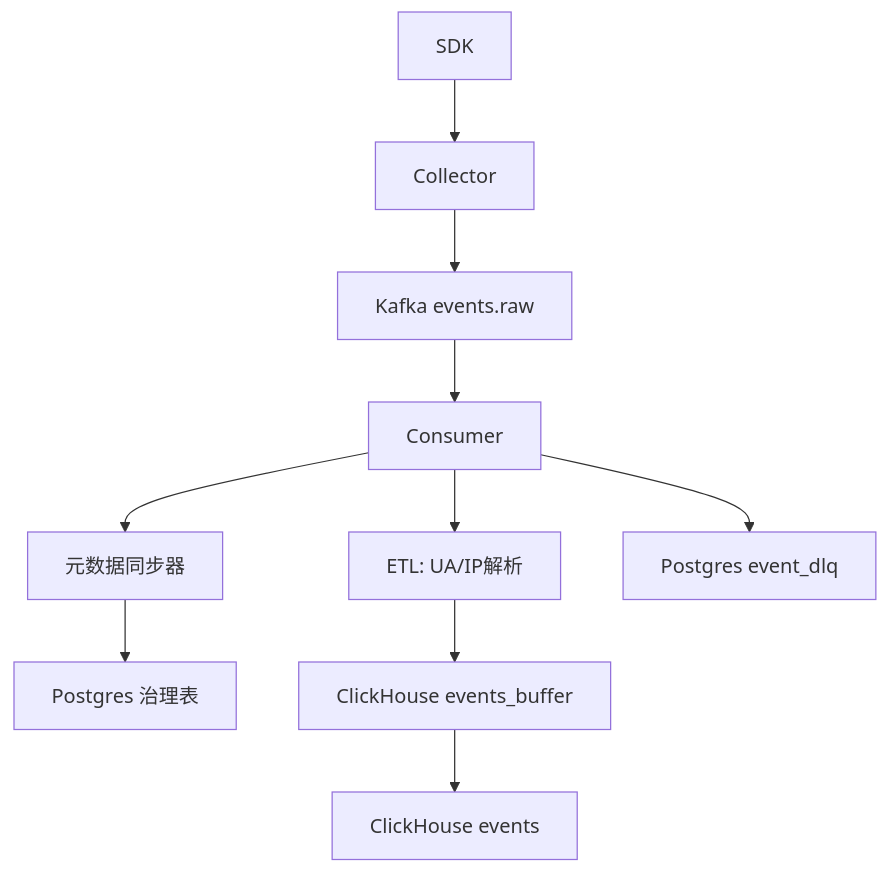
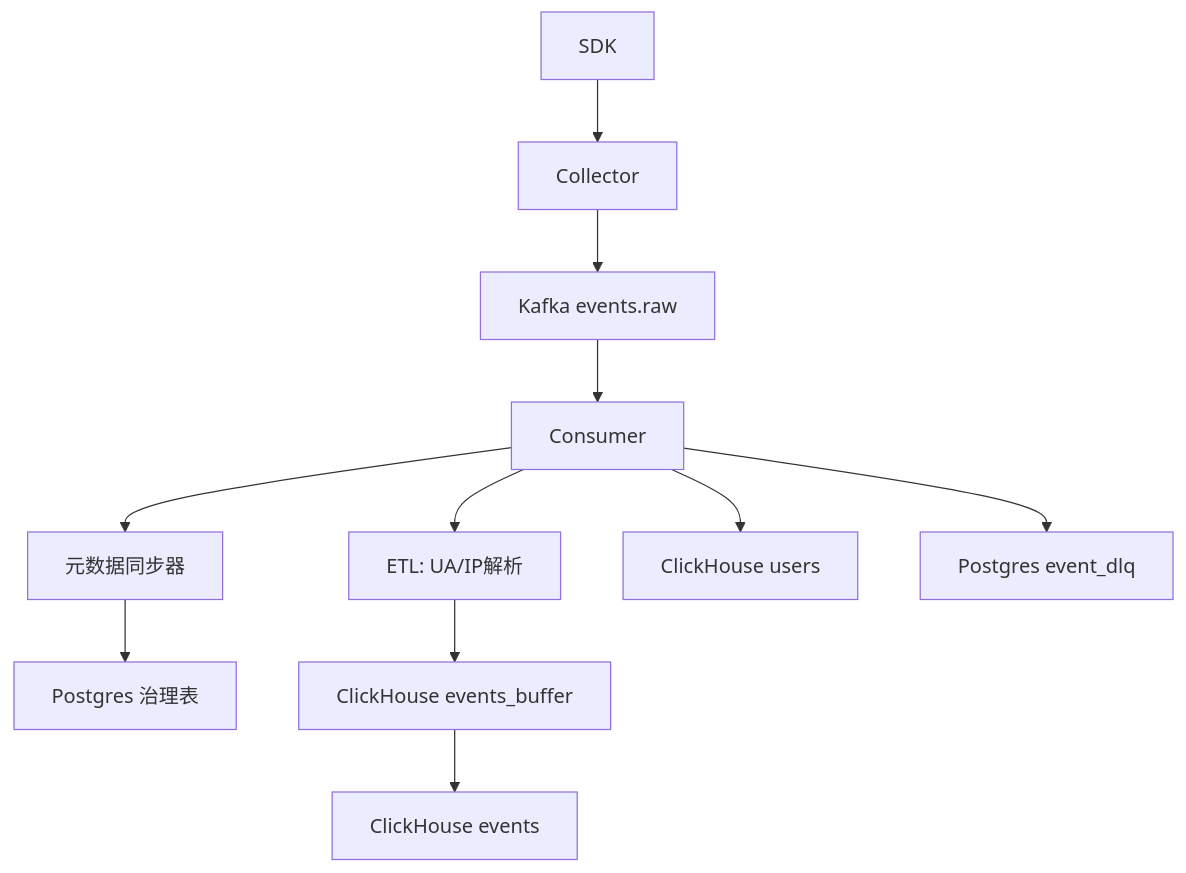
One commit to zhen-zhong/AeroLog changed the second of 9 diagrams in .qoder/repowiki/zh/content/后端服务架构/Consumer服务.md. Above: the diagram before and after it, drawn with Mermaid. The commit also changed other lines of this file and 105 other files, not shown here.

````diff
--- a/.qoder/repowiki/zh/content/后端服务架构/Consumer服务.md
+++ b/.qoder/repowiki/zh/content/后端服务架构/Consumer服务.md
@@ -130,12 +131,13 @@
 ```mermaid
 graph TB
 SDK["SDK"] --> COL["Collector"]
 COL --> KAFKA["Kafka events.raw"]
 KAFKA --> CONSUMER["Consumer"]
 CONSUMER --> META["元数据同步器"]
 META --> PG["Postgres 治理表"]
 CONSUMER --> ETL["ETL: UA/IP解析"]
 ETL --> CH_BUFFER["ClickHouse events_buffer"]
 CH_BUFFER --> CH_MAIN["ClickHouse events"]
+CONSUMER --> USERS["ClickHouse users"]
 CONSUMER --> PG_DLQ["Postgres event_dlq"]
 ```
````
